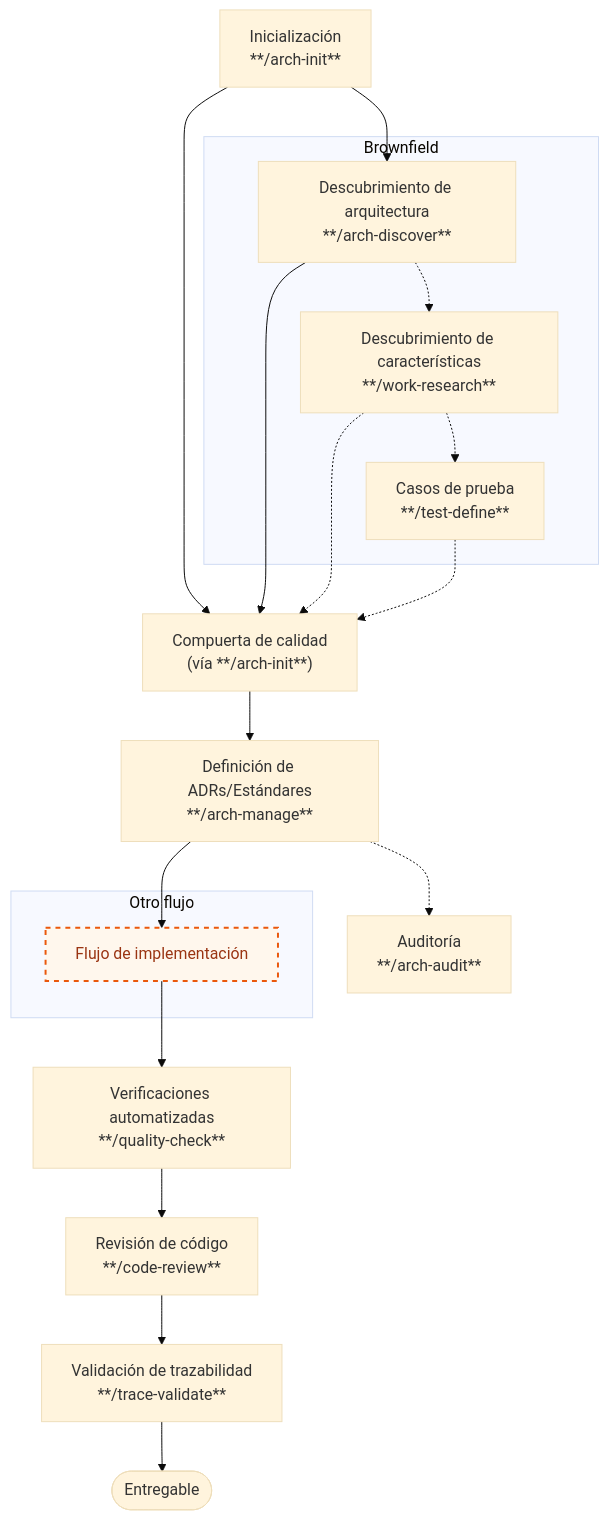
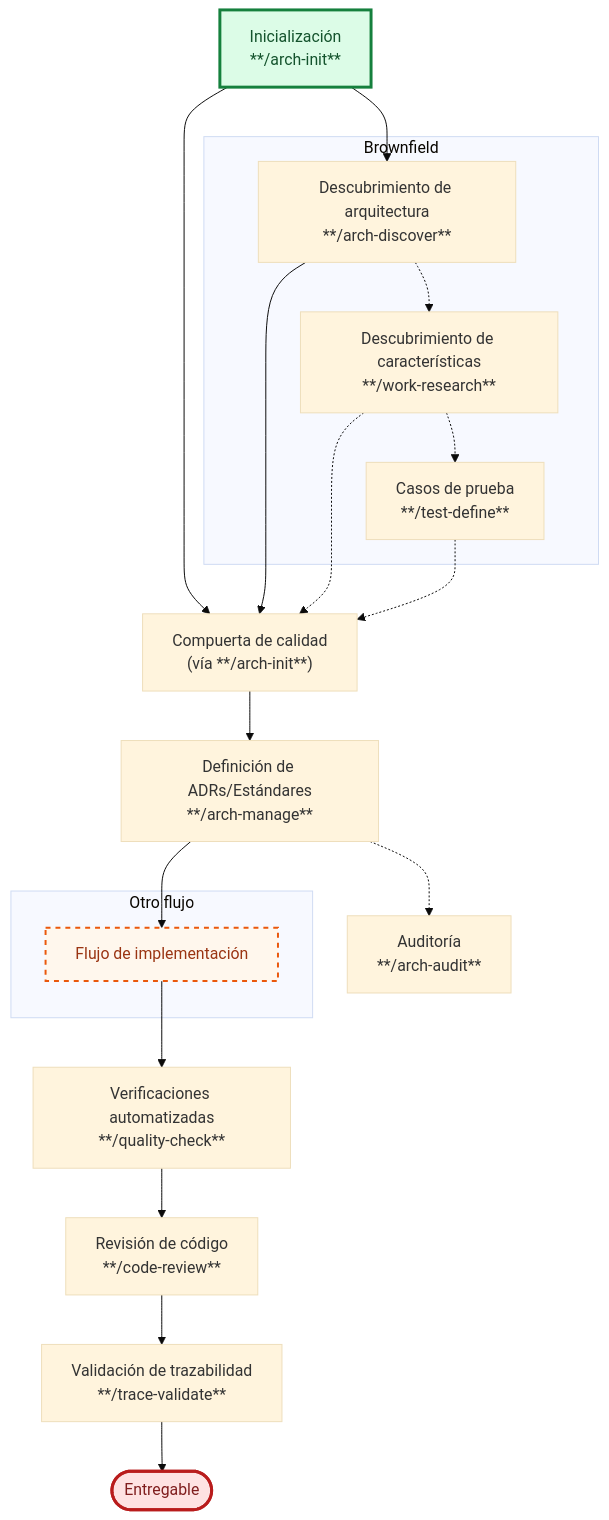
One commit to juanca202/ai changed the first of 3 diagrams in README.md. Above: the diagram before and after it, drawn with Mermaid (base theme). The commit also changed other lines of this file and 3 other files, not shown here.

First line of the commit message:
style(use-cases): highlight entry and exit points in flow diagrams

````diff
--- a/README.md
+++ b/README.md
@@ -43,27 +43,31 @@
 ```mermaid
 flowchart TD
     INIT["Inicialización<br/>**/arch-init**"]
     subgraph BF["Brownfield"]
         BA["Descubrimiento de arquitectura<br/>**/arch-discover**"]
         BA -.-> WR["Descubrimiento de características<br/>**/work-research**"]
         WR -.-> TD["Casos de prueba<br/>**/test-define**"]
     end
     INIT --> BA
     INIT --> T["Compuerta de calidad<br/>(vía **/arch-init**)"]
     BA --> T
     WR -.-> T
     TD -.-> T
     T --> S["Definición de ADRs/Estándares<br/>**/arch-manage**"]
     S -.-> AUD["Auditoría<br/>**/arch-audit**"]
     subgraph NESTED["Otro flujo"]
         IMPL["Flujo de implementación"]
     end
     S --> IMPL
     IMPL --> V0["Verificaciones automatizadas<br/>**/quality-check**"]
     V0 --> V1["Revisión de código<br/>**/code-review**"]
     V1 --> V2["Validación de trazabilidad<br/>**/trace-validate**"]
     V2 --> DONE(["Entregable"])
 
     classDef nestedFlow fill:#fff7ed,stroke:#ea580c,stroke-width:2px,stroke-dasharray:5 5,color:#9a3412
+    classDef entryPoint fill:#dcfce7,stroke:#15803d,stroke-width:3px,color:#14532d
+    classDef exitPoint fill:#fee2e2,stroke:#b91c1c,stroke-width:3px,color:#7f1d1d
     class IMPL nestedFlow
+    class INIT entryPoint
+    class DONE exitPoint
 ```
````
